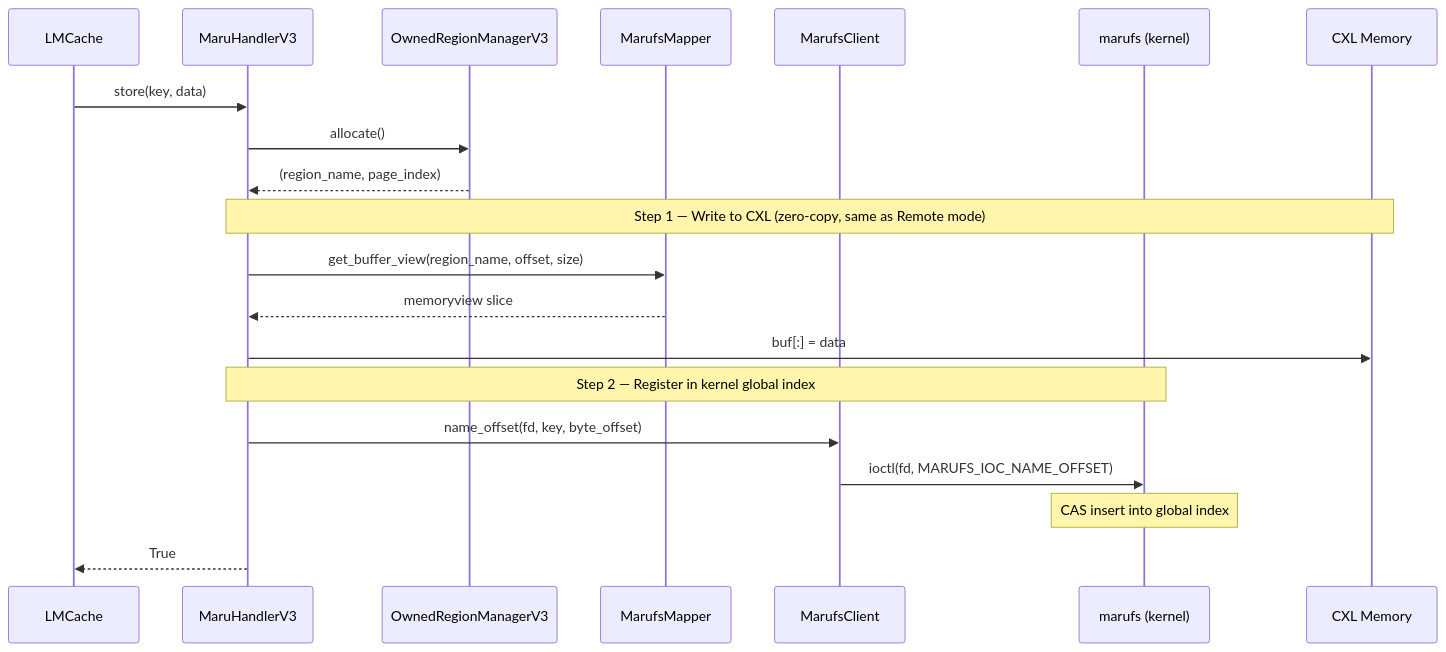
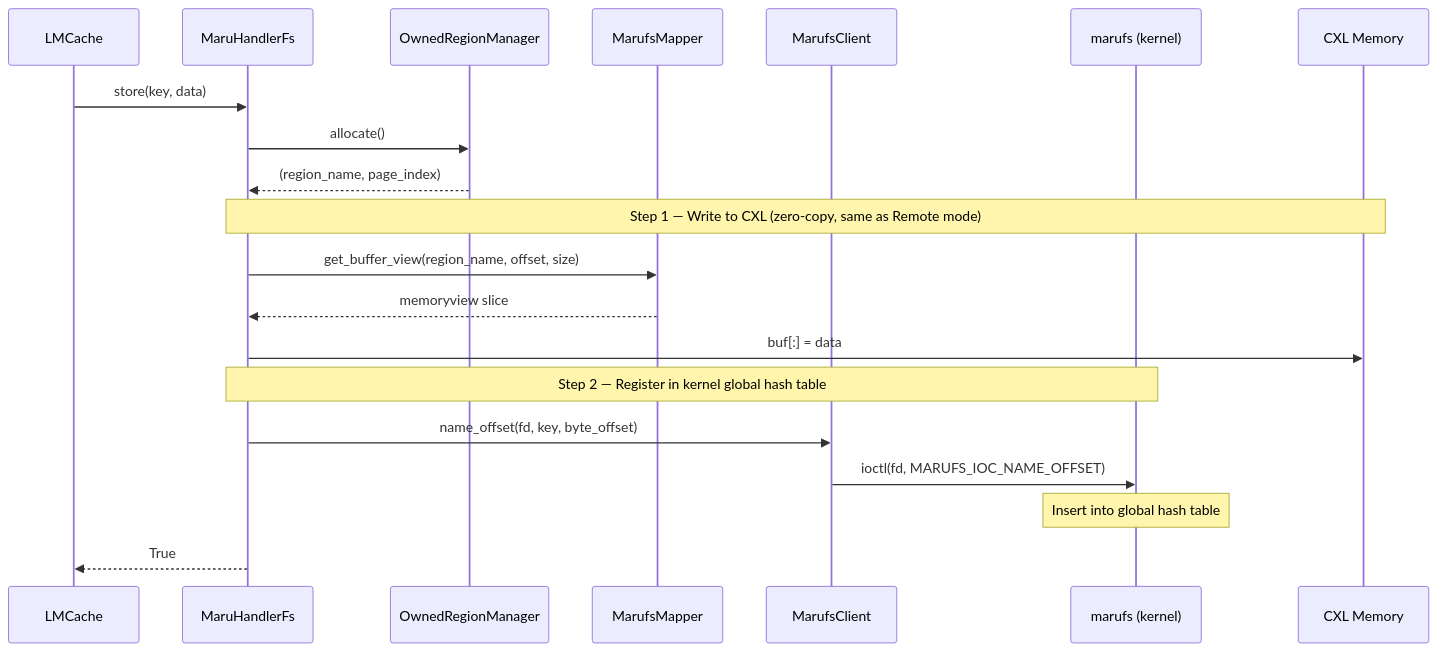
The fourth of 9 diagrams in docs/source/design_doc/maru_fs.md (xcena-dev/maru), drawn with Mermaid before and after one commit. The commit also changed other lines of this file, not shown here.

Commit message:
docs: update marufs design doc with VFS architecture details

````diff
--- a/docs/source/design_doc/maru_fs.md
+++ b/docs/source/design_doc/maru_fs.md
@@ -94,26 +174,26 @@
 ```mermaid
 sequenceDiagram
     participant C as LMCache
-    participant H as MaruHandlerV3
-    participant ORM as OwnedRegionManagerV3
+    participant H as MaruHandlerFs
+    participant ORM as OwnedRegionManager
     participant XM as MarufsMapper
     participant XC as MarufsClient
     participant K as marufs (kernel)
     participant CXL as CXL Memory
 
     C->>H: store(key, data)
     H->>ORM: allocate()
     ORM-->>H: (region_name, page_index)
 
     Note over H,CXL: Step 1 — Write to CXL (zero-copy, same as Remote mode)
     H->>XM: get_buffer_view(region_name, offset, size)
     XM-->>H: memoryview slice
     H->>CXL: buf[:] = data
 
-    Note over H,K: Step 2 — Register in kernel global index
+    Note over H,K: Step 2 — Register in kernel global hash table
     H->>XC: name_offset(fd, key, byte_offset)
     XC->>K: ioctl(fd, MARUFS_IOC_NAME_OFFSET)
-    Note over K: CAS insert into global index
+    Note over K: Insert into global hash table
 
     H-->>C: True
 ```
````
